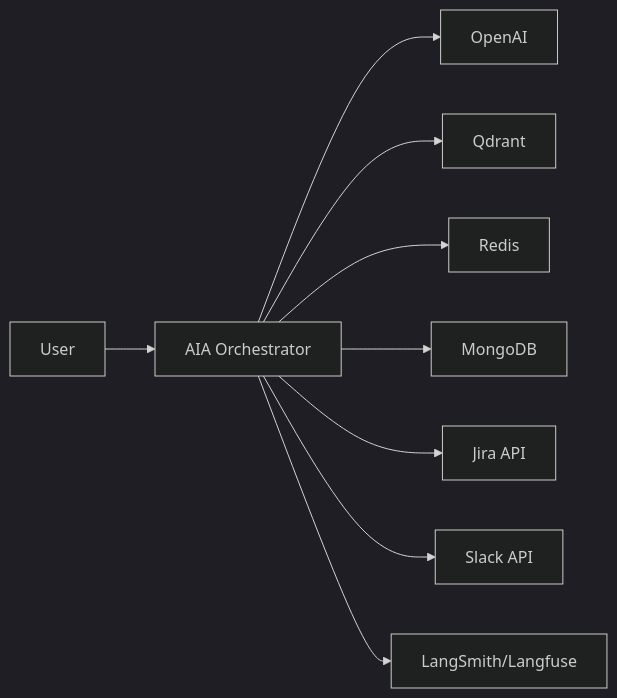
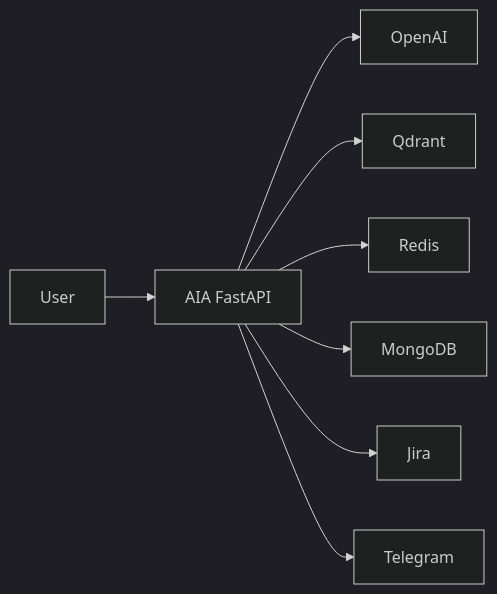
One commit to thanhit08/aiagt-aia changed the first of 4 diagrams in docs/diagram.md. Above: the diagram before and after it, drawn with Mermaid (dark theme). The commit also changed other lines of this file and 2 other files, not shown here.

First line of the commit message:
docs(architecture): realign PRD, TDD, and diagrams with implemented v1 behavior

````diff
--- a/docs/diagram.md
+++ b/docs/diagram.md
@@ -8,11 +4,10 @@
 ```mermaid
 flowchart LR
-    User[User] --> AIA[AIA Orchestrator]
-    AIA --> OpenAI[OpenAI]
-    AIA --> Qdrant[Qdrant]
-    AIA --> Redis[Redis]
-    AIA --> Mongo[MongoDB]
-    AIA --> Jira[Jira API]
-    AIA --> Slack[Slack API]
-    AIA --> Obs[LangSmith/Langfuse]
+    User --> API[AIA FastAPI]
+    API --> OpenAI
+    API --> Qdrant
+    API --> Redis
+    API --> MongoDB
+    API --> Jira
+    API --> Telegram
 ```
````
